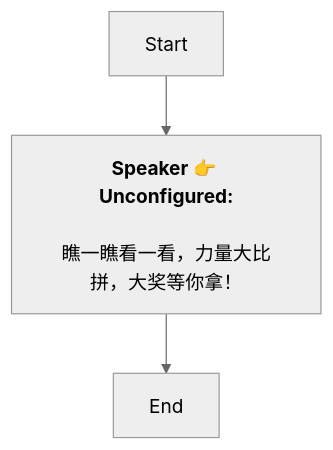
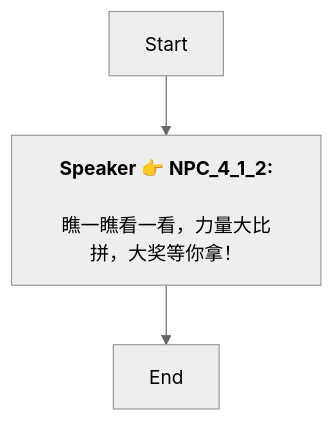
One commit to SoftHu/tos_avg changed the diagram in Zh/Dialog_55056181217537.md. Above: the diagram before and after it, drawn with Mermaid (neutral theme). The commit also changed 737 other files, not shown here.

````diff
--- a/Zh/Dialog_55056181217537.md
+++ b/Zh/Dialog_55056181217537.md
@@ -1,8 +1,7 @@
 ```mermaid
 graph
-Start -->1761797856220785[<b>Speaker 👉 Unconfigured:</b>
-
-瞧一瞧看一看，力量大比拼，大奖等你拿！]
+Start -->1761797856220785[<b>Speaker 👉 NPC_4_1_2:</b>
+\n瞧一瞧看一看，力量大比拼，大奖等你拿！]
 1761797856220785 -->1761797856220786[End]
 
- ```
+```
````
